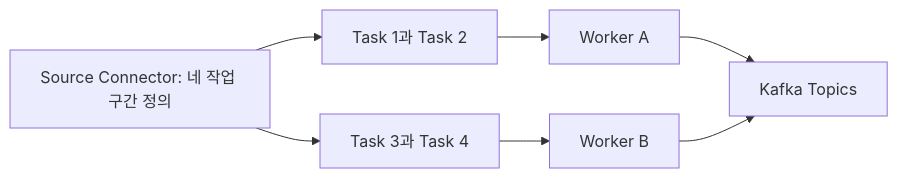
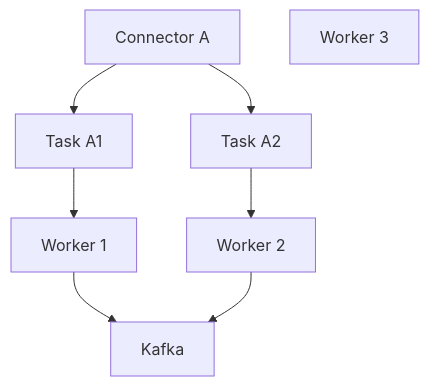
Before and after one commit to ysiksik/ysiksik.github.io: the eighth of 18 diagrams in _posts/study/smart-learning-ent/kafka-development-strategy-for-beginners/2026-10-28-exploring-kafka-growth-and-advanced-topics.md, drawn with Mermaid. The commit also changed other lines of this file and 7 other files, not shown here.

````diff
--- a/_posts/study/smart-learning-ent/kafka-development-strategy-for-beginners/2026-10-28-exploring-kafka-growth-and-advanced-topics.md
+++ b/_posts/study/smart-learning-ent/kafka-development-strategy-for-beginners/2026-10-28-exploring-kafka-growth-and-advanced-topics.md
@@ -118,9 +1196,22 @@
 ```mermaid
-flowchart LR
-    A["Source Connector: 네 작업 구간 정의"] --> B["Task 1과 Task 2"]
-    A --> C["Task 3과 Task 4"]
-    B --> D["Worker A"]
-    C --> E["Worker B"]
-    D --> F["Kafka Topics"]
-    E --> F
+flowchart TD
+    A["Connector A"]
+
+    B["Task A1"]
+    C["Task A2"]
+
+    D["Worker 1"]
+    E["Worker 2"]
+    F["Worker 3"]
+
+    G["Kafka"]
+
+    A --> B
+    A --> C
+
+    B --> D
+    C --> E
+
+    D --> G
+    E --> G
 ```
````
